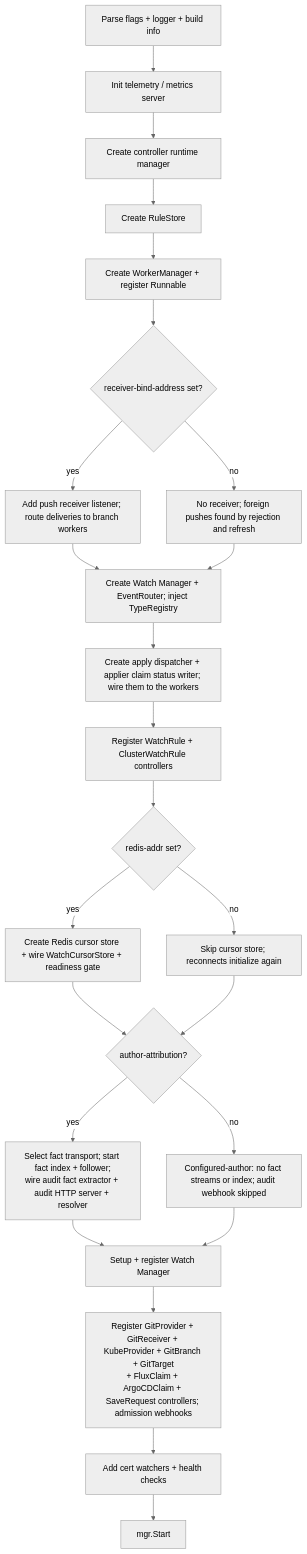
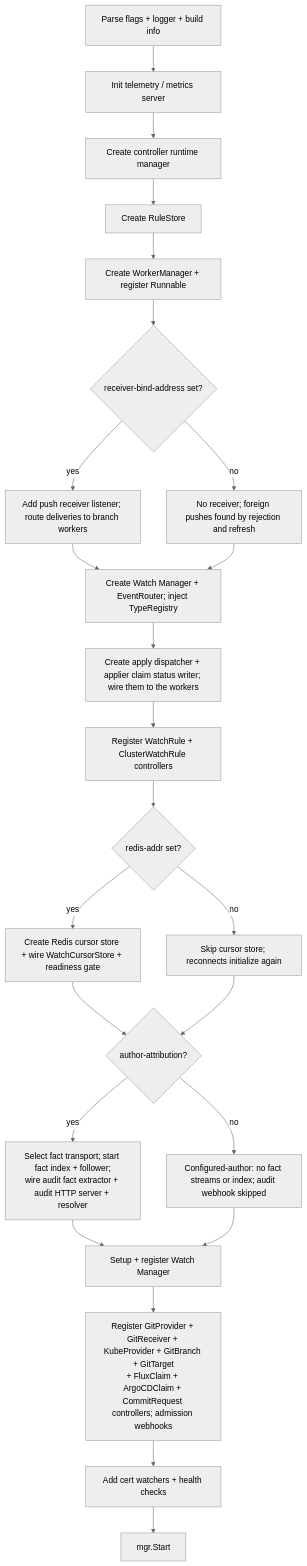
One commit to ConfigButler/gitops-reverser changed the sixth of 6 diagrams in docs/architecture.md. Above: the diagram before and after it, drawn with Mermaid (neutral theme). The commit also changed other lines of this file and 160 other files, not shown here.

First line of the commit message:
refactor(api): CommitRequest is CommitRequest again

````diff
--- a/docs/architecture.md
+++ b/docs/architecture.md
@@ -1861,26 +1861,26 @@
 ```mermaid
 flowchart TD
     A[Parse flags + logger + build info] --> B[Init telemetry / metrics server]
     B --> C[Create controller runtime manager]
     C --> D[Create RuleStore]
     D --> E[Create WorkerManager + register Runnable]
     E --> R{receiver-bind-address set?}
     R -->|yes| Ri[Add push receiver listener; route deliveries to branch workers]
     R -->|no| Rj[No receiver; foreign pushes found by rejection and refresh]
     Ri --> F
     Rj --> F
     F[Create Watch Manager + EventRouter; inject TypeRegistry] --> P[Create apply dispatcher + applier claim status writer; wire them to the workers]
     P --> G[Register WatchRule + ClusterWatchRule controllers]
     G --> H{redis-addr set?}
     H -->|yes| Hi[Create Redis cursor store + wire WatchCursorStore + readiness gate]
     H -->|no| Hj[Skip cursor store; reconnects initialize again]
     Hi --> Hq{author-attribution?}
     Hj --> Hq
     Hq -->|yes| I[Select fact transport; start fact index + follower;<br/>wire audit fact extractor + audit HTTP server + resolver]
     Hq -->|no| J[Configured-author: no fact streams or index; audit webhook skipped]
     I --> K[Setup + register Watch Manager]
     J --> K
-    K --> L[Register GitProvider + GitReceiver + KubeProvider + GitBranch + GitTarget<br/>+ FluxClaim + ArgoCDClaim + SaveRequest controllers; admission webhooks]
+    K --> L[Register GitProvider + GitReceiver + KubeProvider + GitBranch + GitTarget<br/>+ FluxClaim + ArgoCDClaim + CommitRequest controllers; admission webhooks]
     L --> M[Add cert watchers + health checks]
     M --> N[mgr.Start]
 ```
````
